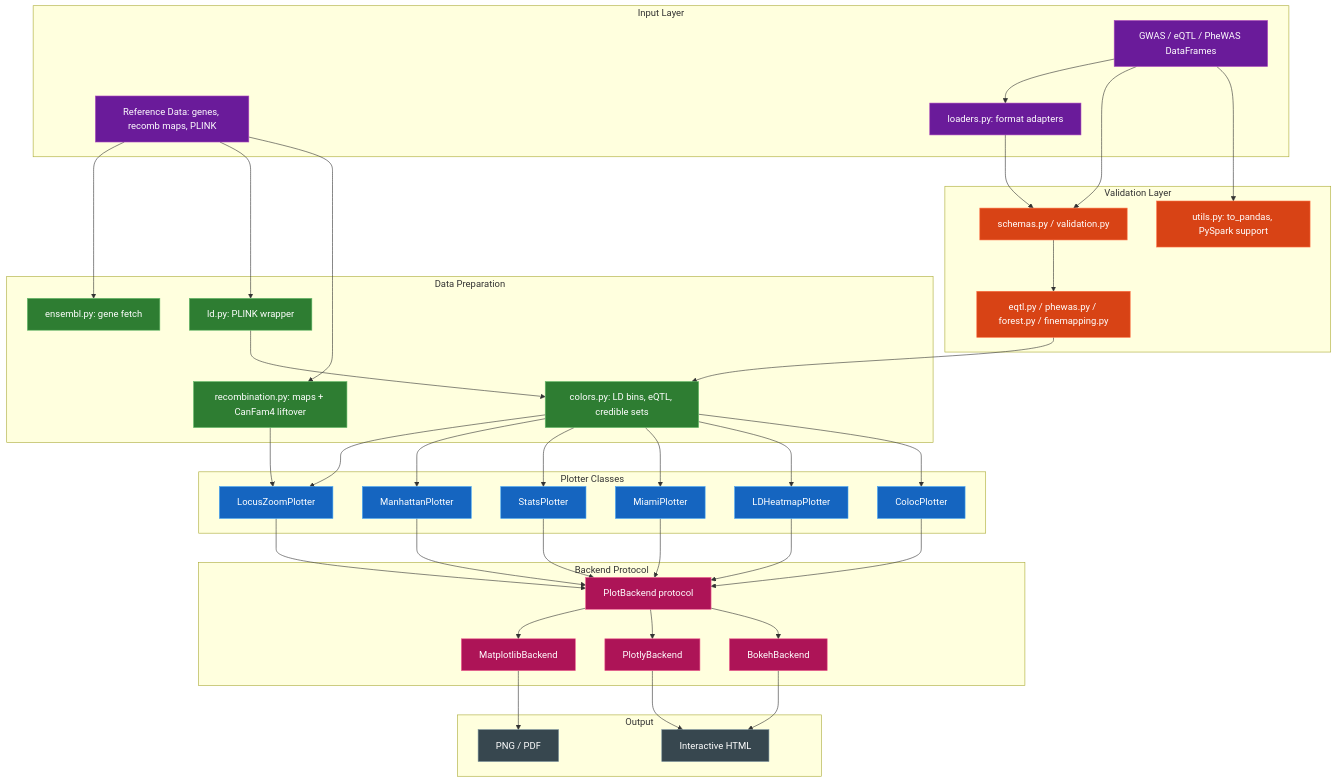
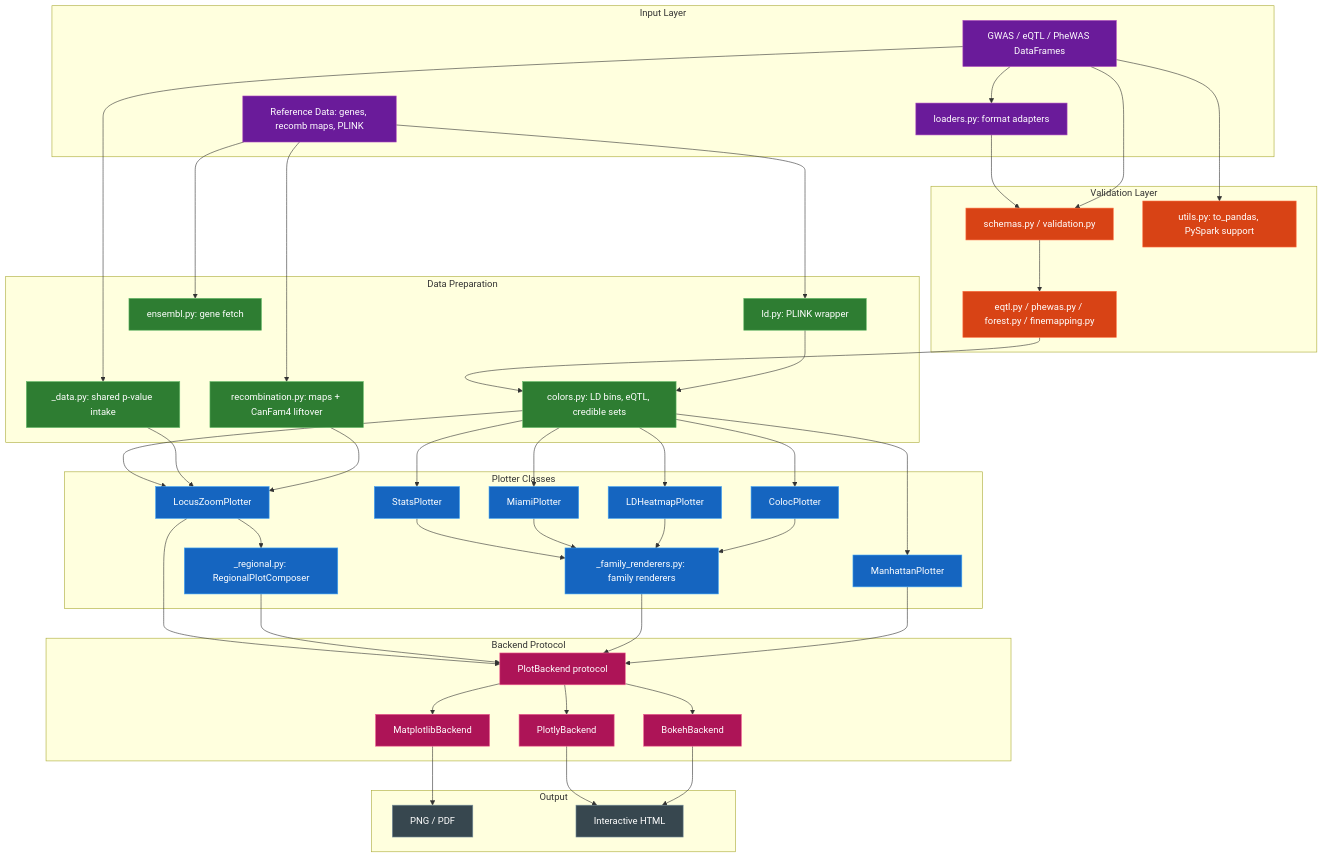
One commit to michael-denyer/pyLocusZoom changed the diagram in docs/ARCHITECTURE.md. Above: the diagram before and after it, drawn with Mermaid. The commit also changed other lines of this file and 22 other files, not shown here.

```diff
--- a/docs/ARCHITECTURE.md
+++ b/docs/ARCHITECTURE.md
@@ -31,6 +31,7 @@
     end
 
     subgraph Prepare["Data Preparation"]
+        DATA[_data.py: shared p-value intake]
         LD[ld.py: PLINK wrapper]
         RECOMB[recombination.py: maps + CanFam4 liftover]
         ENSEMBL[ensembl.py: gene fetch]
@@ -39,6 +40,8 @@
 
     subgraph Plotters["Plotter Classes"]
         LZ[LocusZoomPlotter]
+        REGIONAL[_regional.py: RegionalPlotComposer]
+        FAMILIES[_family_renderers.py: family renderers]
         MP[ManhattanPlotter]
         SP[StatsPlotter]
         MIAMI[MiamiPlotter]
@@ -62,6 +65,7 @@
     LOAD --> SCHEMA
     GWAS --> SCHEMA
     GWAS --> UTILS
+    GWAS --> DATA
     REF --> ENSEMBL
     REF --> LD
     REF --> RECOMB
@@ -69,6 +73,7 @@
     EQTLV --> COLORS
     LD --> COLORS
     COLORS --> LZ
+    DATA --> LZ
     COLORS --> MP
     COLORS --> SP
     COLORS --> MIAMI
@@ -76,11 +81,14 @@
     COLORS --> CP
     RECOMB --> LZ
     LZ --> PROTO
+    LZ --> REGIONAL
+    REGIONAL --> PROTO
+    SP --> FAMILIES
+    MIAMI --> FAMILIES
+    LDH --> FAMILIES
+    CP --> FAMILIES
+    FAMILIES --> PROTO
     MP --> PROTO
-    SP --> PROTO
-    MIAMI --> PROTO
-    LDH --> PROTO
-    CP --> PROTO
     PROTO --> MPL
     PROTO --> PLOTLY
     PROTO --> BOKEH
@@ -97,12 +105,15 @@
     style EQTLV fill:#d84315,stroke:#ff7043,color:#ffffff
     style UTILS fill:#d84315,stroke:#ff7043,color:#ffffff
 
+    style DATA fill:#2e7d32,stroke:#66bb6a,color:#ffffff
     style LD fill:#2e7d32,stroke:#66bb6a,color:#ffffff
     style RECOMB fill:#2e7d32,stroke:#66bb6a,color:#ffffff
     style ENSEMBL fill:#2e7d32,stroke:#66bb6a,color:#ffffff
     style COLORS fill:#2e7d32,stroke:#66bb6a,color:#ffffff
 
     style LZ fill:#1565c0,stroke:#42a5f5,color:#ffffff
+    style REGIONAL fill:#1565c0,stroke:#42a5f5,color:#ffffff
+    style FAMILIES fill:#1565c0,stroke:#42a5f5,color:#ffffff
     style MP fill:#1565c0,stroke:#42a5f5,color:#ffffff
     style SP fill:#1565c0,stroke:#42a5f5,color:#ffffff
     style MIAMI fill:#1565c0,stroke:#42a5f5,color:#ffffff
```
